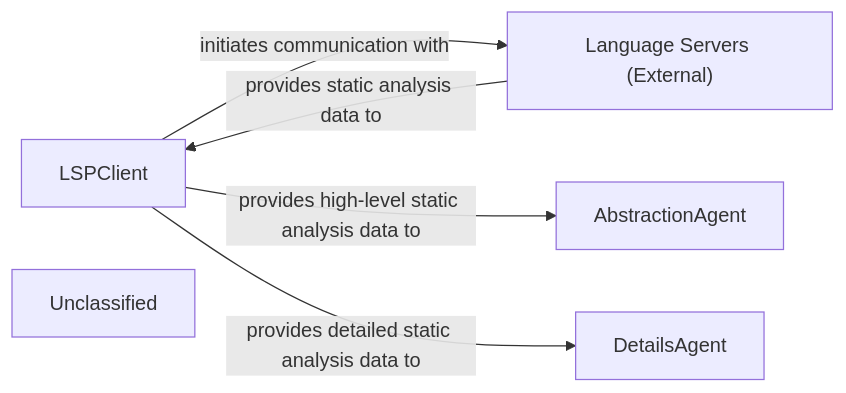
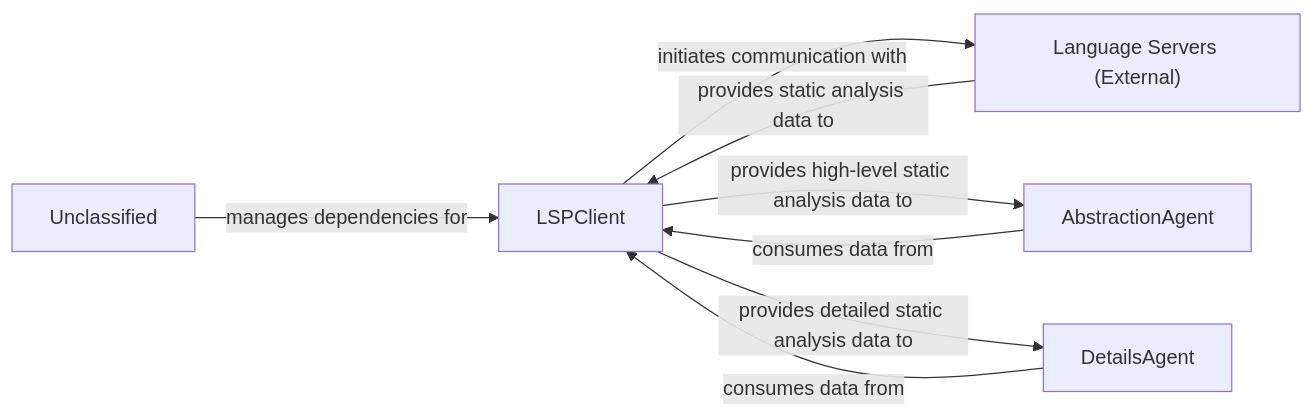
The diagram in .codeboarding/AI_Interpretation_Layer.md (CodeBoarding/CodeBoarding), drawn with Mermaid before and after one commit. The commit also changed other lines of this file and 17 other files, not shown here.

First line of the commit message:
docs: update codeboarding documentation and generate architecture

````diff
--- a/.codeboarding/AI_Interpretation_Layer.md
+++ b/.codeboarding/AI_Interpretation_Layer.md
@@ -1,13 +1,16 @@
 ```mermaid
 graph LR
     LSPClient["LSPClient"]
     AbstractionAgent["AbstractionAgent"]
     DetailsAgent["DetailsAgent"]
     Language_Servers_External_["Language Servers (External)"]
     Unclassified["Unclassified"]
     Unclassified["Unclassified"]
     LSPClient -- "initiates communication with" --> Language_Servers_External_
-    Language_Servers_External_ -- "provides static analysis data to" --> LSPClient
     LSPClient -- "provides high-level static analysis data to" --> AbstractionAgent
     LSPClient -- "provides detailed static analysis data to" --> DetailsAgent
+    AbstractionAgent -- "consumes data from" --> LSPClient
+    DetailsAgent -- "consumes data from" --> LSPClient
+    Language_Servers_External_ -- "provides static analysis data to" --> LSPClient
+    Unclassified -- "manages dependencies for" --> LSPClient
 ```
````
